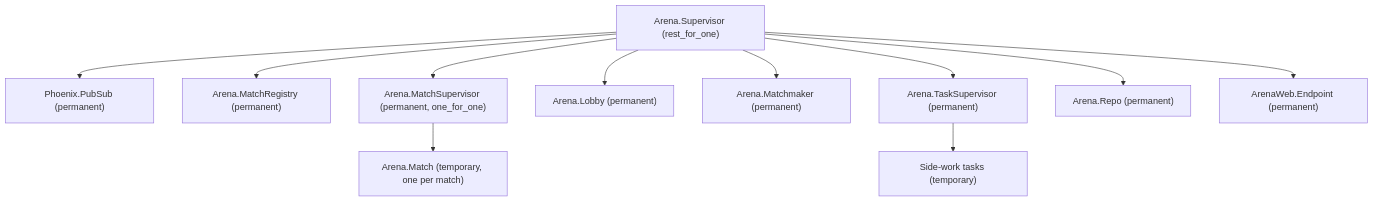
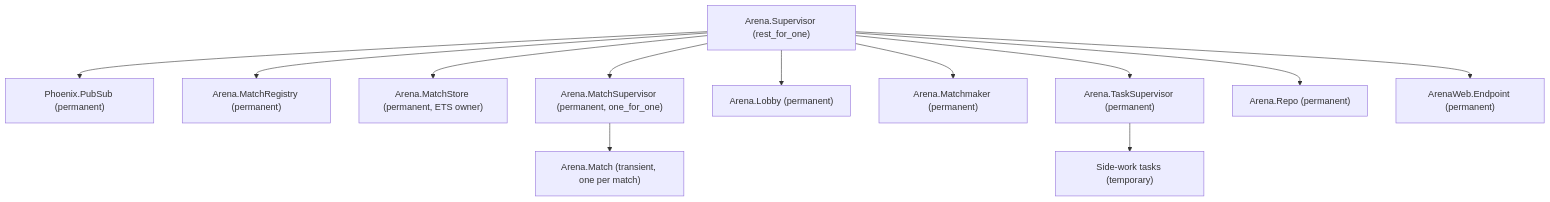
Before and after one commit to mkizilov/arena: the diagram in DESIGN.md, drawn with Mermaid. The commit also changed other lines of this file and 13 other files, not shown here.

````diff
--- a/DESIGN.md
+++ b/DESIGN.md
@@ -39,14 +49,15 @@
 ```mermaid
 graph TD
   App["Arena.Supervisor (rest_for_one)"]
   App --> PubSub["Phoenix.PubSub (permanent)"]
   App --> Registry["Arena.MatchRegistry (permanent)"]
+  App --> Store["Arena.MatchStore (permanent, ETS owner)"]
   App --> Matches["Arena.MatchSupervisor (permanent, one_for_one)"]
-  Matches --> Match["Arena.Match (temporary, one per match)"]
+  Matches --> Match["Arena.Match (transient, one per match)"]
   App --> Lobby["Arena.Lobby (permanent)"]
   App --> Matchmaker["Arena.Matchmaker (permanent)"]
   App --> Tasks["Arena.TaskSupervisor (permanent)"]
   Tasks --> Task["Side-work tasks (temporary)"]
   App --> Repo["Arena.Repo (permanent)"]
   App --> Endpoint["ArenaWeb.Endpoint (permanent)"]
 ```
````
